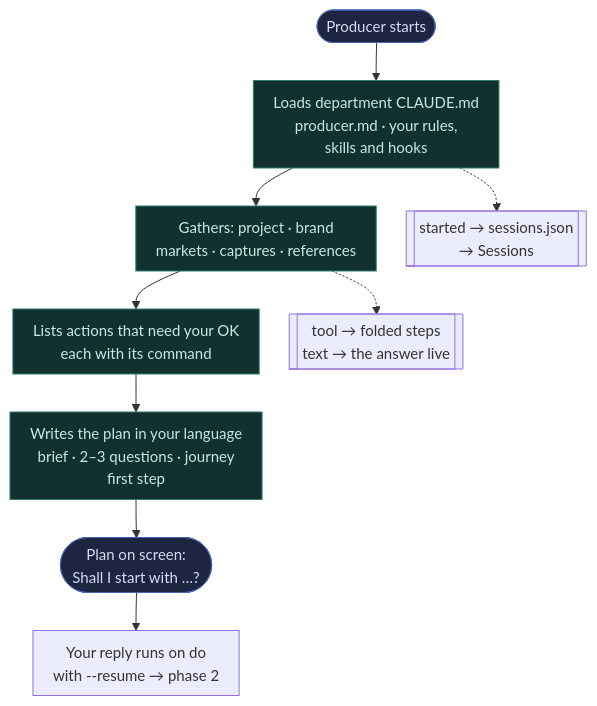
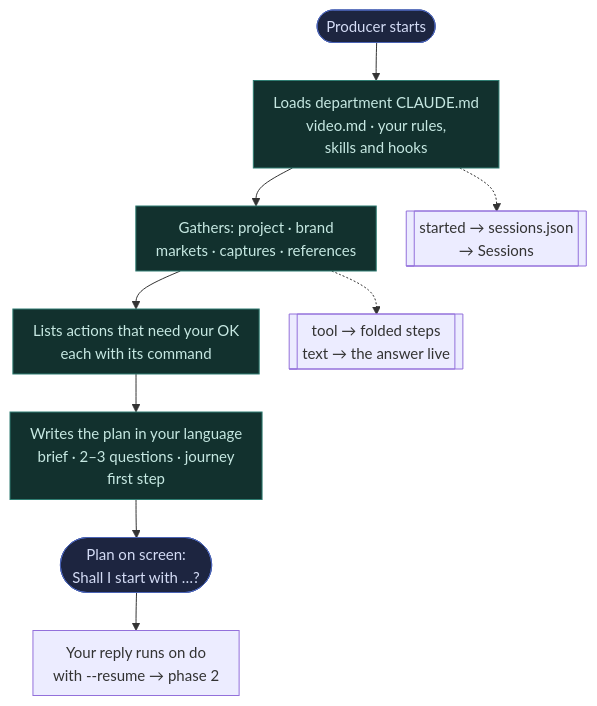
The fourth of 4 diagrams in content/docs/pipeline.mdx (databayt/kun), drawn with Mermaid before and after one commit. The commit also changed other lines of this file and 133 other files, not shown here.

````diff
--- a/content/docs/pipeline.mdx
+++ b/content/docs/pipeline.mdx
@@ -183,21 +183,21 @@
 ```mermaid
 %%{init: {"fontFamily": "Geist, Arial, sans-serif", "themeVariables": {"fontSize": "15px", "fontFamily": "Geist, Arial, sans-serif"}, "flowchart": {"wrappingWidth": 230, "nodeSpacing": 30, "rankSpacing": 38, "padding": 10}}}%%
 flowchart TD
     L0(["Producer starts"]):::done
-    L0 --> L["Loads department CLAUDE.md<br/>producer.md · your rules,<br/>skills and hooks"]:::claude
+    L0 --> L["Loads department CLAUDE.md<br/>video.md · your rules,<br/>skills and hooks"]:::claude
     L --> PR1["Gathers: project · brand<br/>markets · captures · references"]:::claude
     PR1 --> PR2["Lists actions that need your OK<br/>each with its command"]:::claude
     PR2 --> PR3["Writes the plan in your language<br/>brief · 2–3 questions · journey<br/>first step"]:::claude
     PR3 --> END(["Plan on screen:<br/>Shall I start with …?"]):::done
     END --> NEXT["Your reply runs on do<br/>with --resume → phase 2"]
     C1[["started → sessions.json<br/>→ Sessions"]]
     C2[["tool → folded steps<br/>text → the answer live"]]
     L -.-> C1
     PR1 -.-> C2
 
     classDef you fill:#3b2f1e,stroke:#b58a3c,color:#f5e6c8;
     classDef claude fill:#12312e,stroke:#2f7d72,color:#c6e8e2;
     classDef ok fill:#16301c,stroke:#3c8a4f,color:#cfeed7;
     classDef bad fill:#2e1a16,stroke:#a6432f,color:#f0d2c9;
     classDef done fill:#1d2540,stroke:#4a63b5,color:#d4dcf5;
 ```
````
